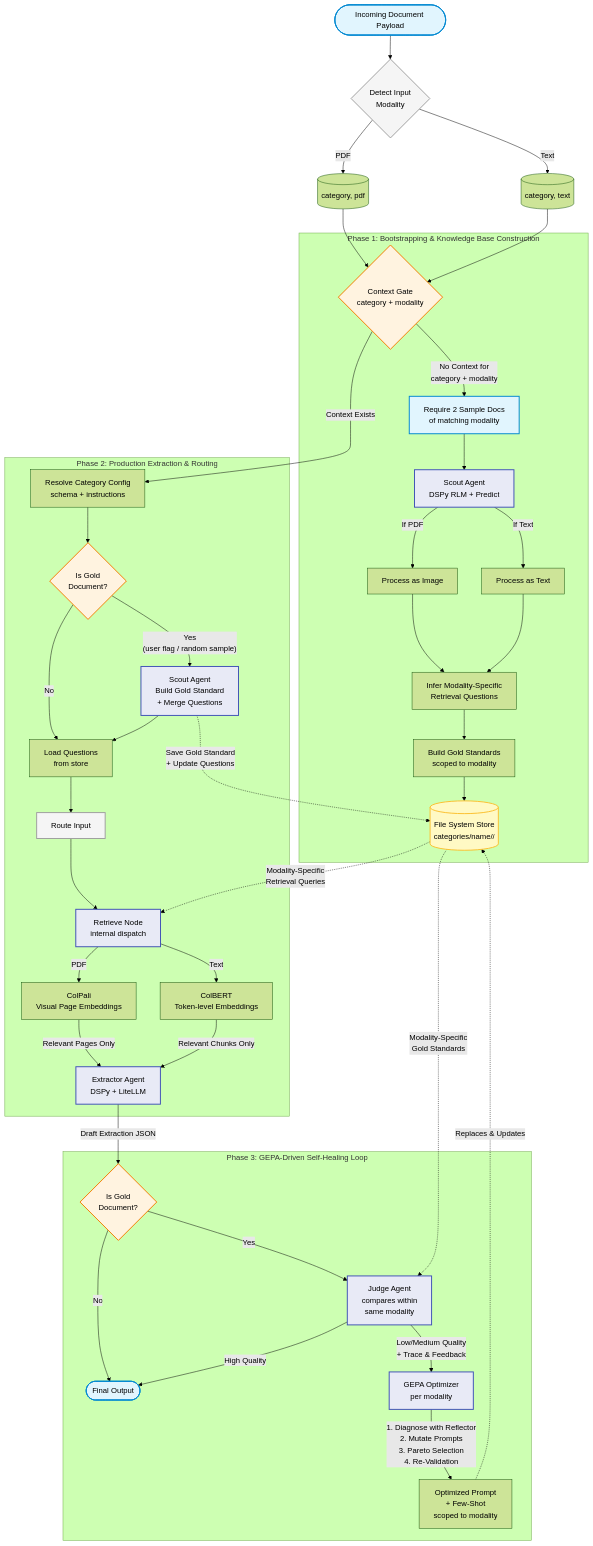
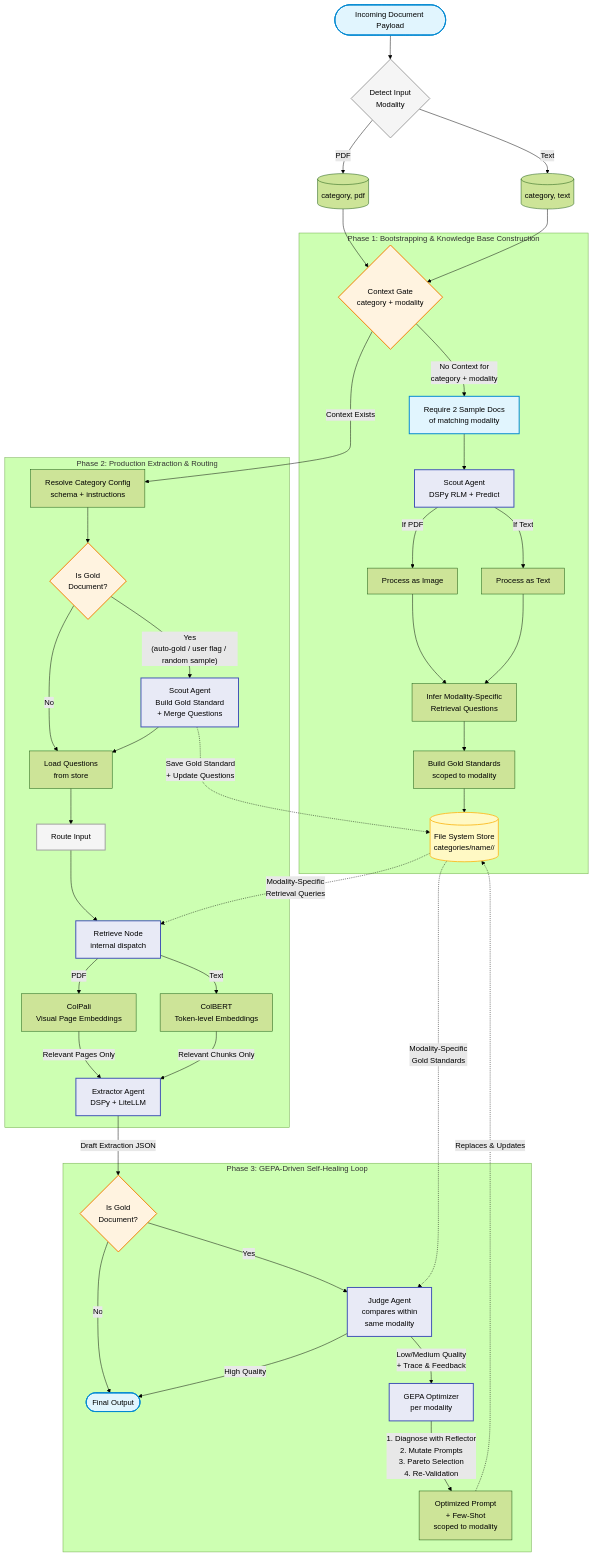
The diagram in docs/data_flow.mermaid (Pratham-26/Meta-guided-document-extraction), drawn with Mermaid (forest theme) before and after one commit. The commit also changed 23 other files, not shown here.

```diff
--- a/docs/data_flow.mermaid
+++ b/docs/data_flow.mermaid
@@ -1,76 +1,76 @@
 graph TD
     classDef input fill:#e1f5fe,stroke:#0288d1,stroke-width:2px;
     classDef storage fill:#fff9c4,stroke:#fbc02d,stroke-width:2px;
     classDef agent fill:#e8eaf6,stroke:#3f51b5,stroke-width:2px;
     classDef routing fill:#f5f5f5,stroke:#9e9e9e,stroke-width:2px;
     classDef decision fill:#fff3e0,stroke:#f57c00,stroke-width:2px;
 
     Start([Incoming Document Payload]) --> DetectMod{Detect Input<br/>Modality}:::routing
     DetectMod -- "PDF" --> PDFMod[(category, pdf)]
     DetectMod -- "Text" --> TextMod[(category, text)]
 
     PDFMod --> Gate{Context Gate<br/>category + modality}:::decision
     TextMod --> Gate
 
     %% ==========================================
     %% Phase 1: Bootstrapping (Scout)
     %% ==========================================
     subgraph Phase 1: Bootstrapping & Knowledge Base Construction
         Gate -- "No Context for<br/>category + modality" --> SetupReq[Require 2 Sample Docs<br/>of matching modality]:::input
         SetupReq --> Scout[Scout Agent<br/>DSPy RLM + Predict]:::agent
 
         Scout -- "If PDF" --> ScoutVision[Process as Image]
         Scout -- "If Text" --> ScoutText[Process as Text]
 
         ScoutVision --> InfQ[Infer Modality-Specific<br/>Retrieval Questions]
         ScoutText --> InfQ
 
         InfQ --> GS[Build Gold Standards<br/>scoped to modality]
         GS --> FSStore[(File System Store<br/>categories/name/<modality>/)]:::storage
     end
 
     %% ==========================================
     %% Phase 2: Production Execution
     %% ==========================================
     subgraph Phase 2: Production Extraction & Routing
         Gate -- "Context Exists" --> ResolveConfig[Resolve Category Config<br/>schema + instructions]
         ResolveConfig --> GoldDetect{Is Gold<br/>Document?}:::decision
 
-        GoldDetect -- "Yes<br/>(user flag / random sample)" --> ScoutGold[Scout Agent<br/>Build Gold Standard<br/>+ Merge Questions]:::agent
+        GoldDetect -- "Yes<br/>(auto-gold / user flag / random sample)" --> ScoutGold[Scout Agent<br/>Build Gold Standard<br/>+ Merge Questions]:::agent
         ScoutGold -. "Save Gold Standard<br/>+ Update Questions" .-> FSStore
 
         GoldDetect -- "No" --> LoadQ[Load Questions<br/>from store]
         ScoutGold --> LoadQ
 
         LoadQ --> RouteCtx[Route Input]:::routing
 
         RouteCtx --> Retrieve[Retrieve Node<br/>internal dispatch]:::agent
         Retrieve -- "PDF" --> ColPali[ColPali<br/>Visual Page Embeddings]
         Retrieve -- "Text" --> ColBERT[ColBERT<br/>Token-level Embeddings]
 
         FSStore -. "Modality-Specific<br/>Retrieval Queries" .-> Retrieve
 
         ColPali -- "Relevant Pages Only" --> Extractor[Extractor Agent<br/>DSPy + LiteLLM]:::agent
         ColBERT -- "Relevant Chunks Only" --> Extractor
     end
 
     %% ==========================================
     %% Phase 3: Continuous Learning Loop
     %% ==========================================
     subgraph Phase 3: GEPA-Driven Self-Healing Loop
         Extractor -- "Draft Extraction JSON" --> IsGoldJudge{Is Gold<br/>Document?}:::decision
 
         IsGoldJudge -- "Yes" --> Judge[Judge Agent<br/>compares within<br/>same modality]:::agent
         IsGoldJudge -- "No" --> Final([Final Output])
 
         FSStore -. "Modality-Specific<br/>Gold Standards" .-> Judge
 
         Judge -- "High Quality" --> Final
         Judge -- "Low/Medium Quality<br>+ Trace & Feedback" --> GEPA[GEPA Optimizer<br/>per modality]:::agent
 
         GEPA -- "1. Diagnose with Reflector<br>2. Mutate Prompts<br>3. Pareto Selection<br>4. Re-Validation" --> OptPrompt[Optimized Prompt<br/>+ Few-Shot<br/>scoped to modality]
         OptPrompt -. "Replaces & Updates" .-> FSStore
     end
 
     class Start input;
     class Final input;
```
